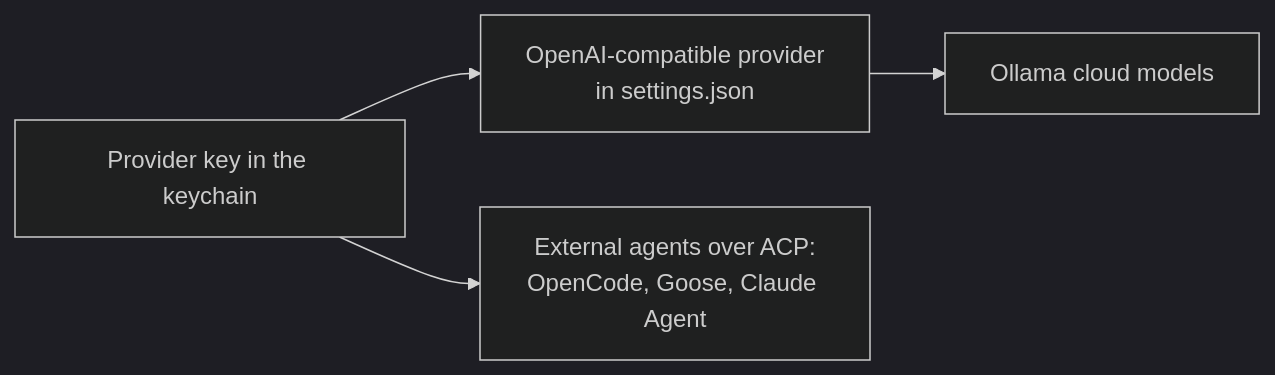
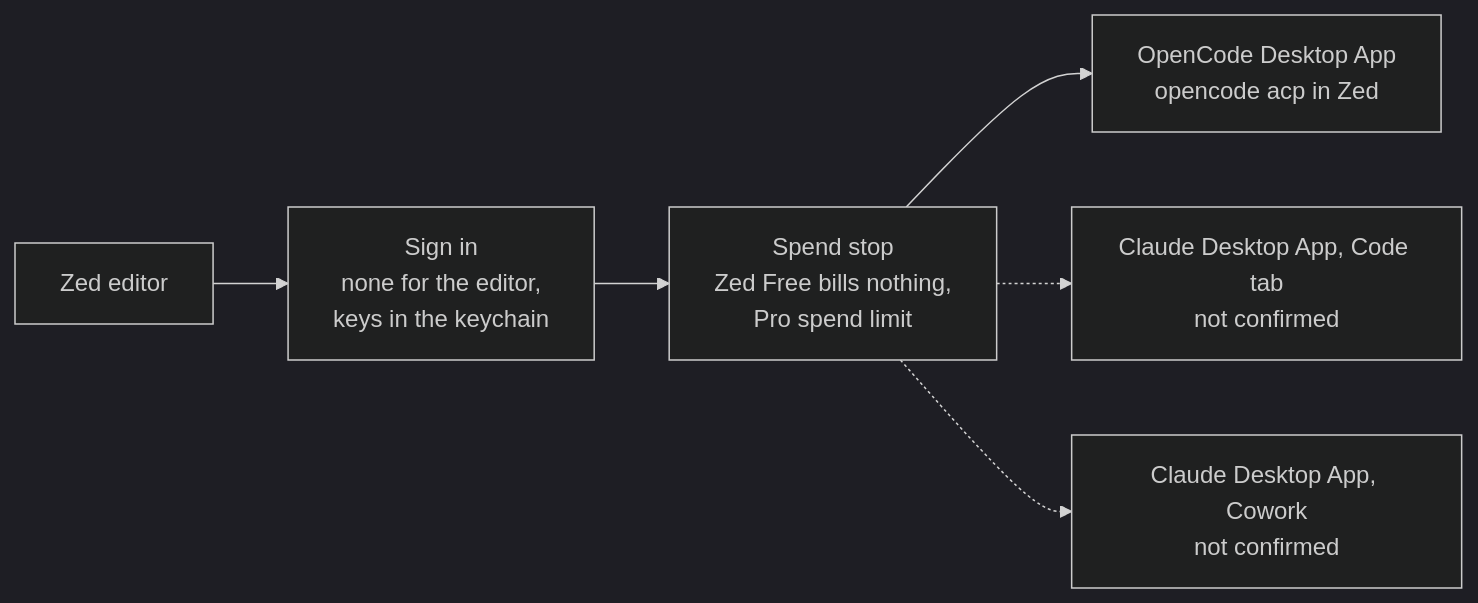
One commit to SoulCraft-Org/compute-crafter changed the diagram in guides/zed.md. Above: the diagram before and after it, drawn with Mermaid (dark theme). The commit also changed other lines of this file and 11 other files, not shown here.

First line of the commit message:
🎨 Guides batch 4: visual first, two desktop apps (GitHub, Goose, Zed, Claude API)

````diff
--- a/guides/zed.md
+++ b/guides/zed.md
@@ -9,5 +5,7 @@
 ```mermaid
 flowchart LR
-  K[Provider key in the keychain] --> O[OpenAI-compatible provider<br/>in settings.json] --> OL[Ollama cloud models]
-  K --> A[External agents over ACP:<br/>OpenCode, Goose, Claude Agent]
+  P[Zed editor] --> S[Sign in<br/>none for the editor,<br/>keys in the keychain] --> G[Spend stop<br/>Zed Free bills nothing,<br/>Pro spend limit]
+  G --> O[OpenCode Desktop App<br/>opencode acp in Zed]
+  G -.-> C[Claude Desktop App, Code tab<br/>not confirmed]
+  G -.-> W[Claude Desktop App, Cowork<br/>not confirmed]
 ```
````
